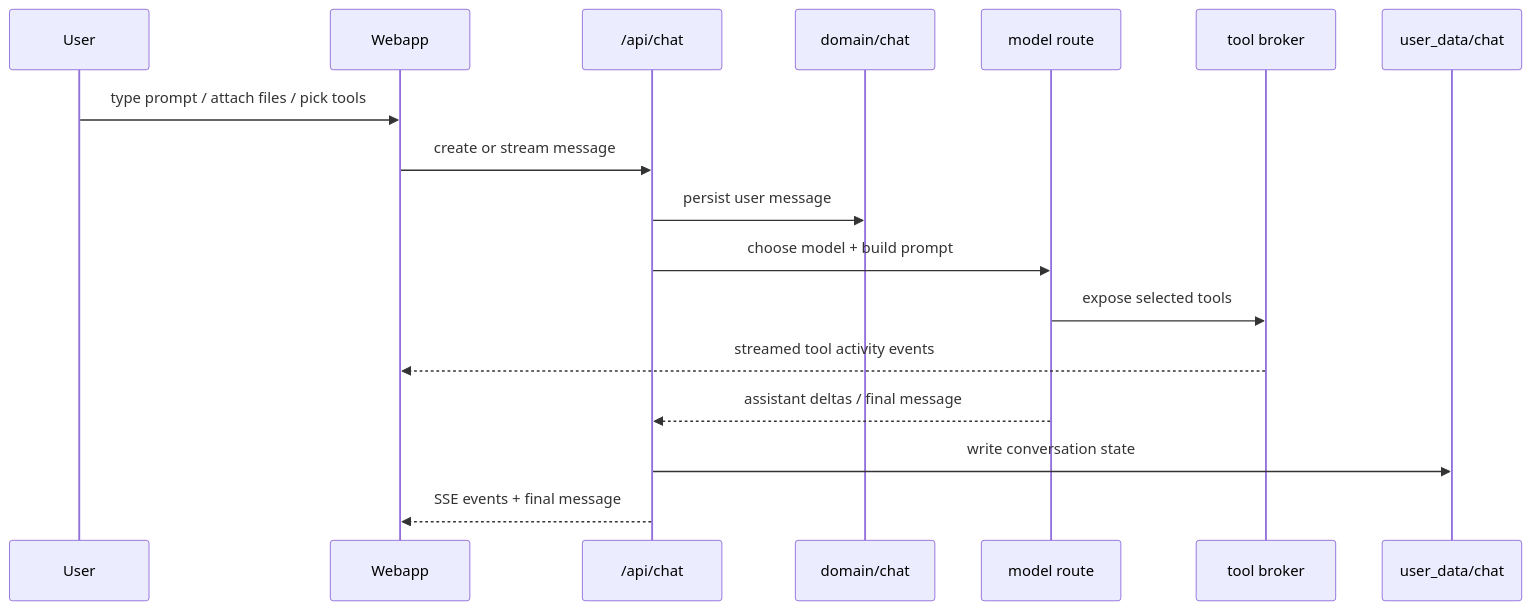
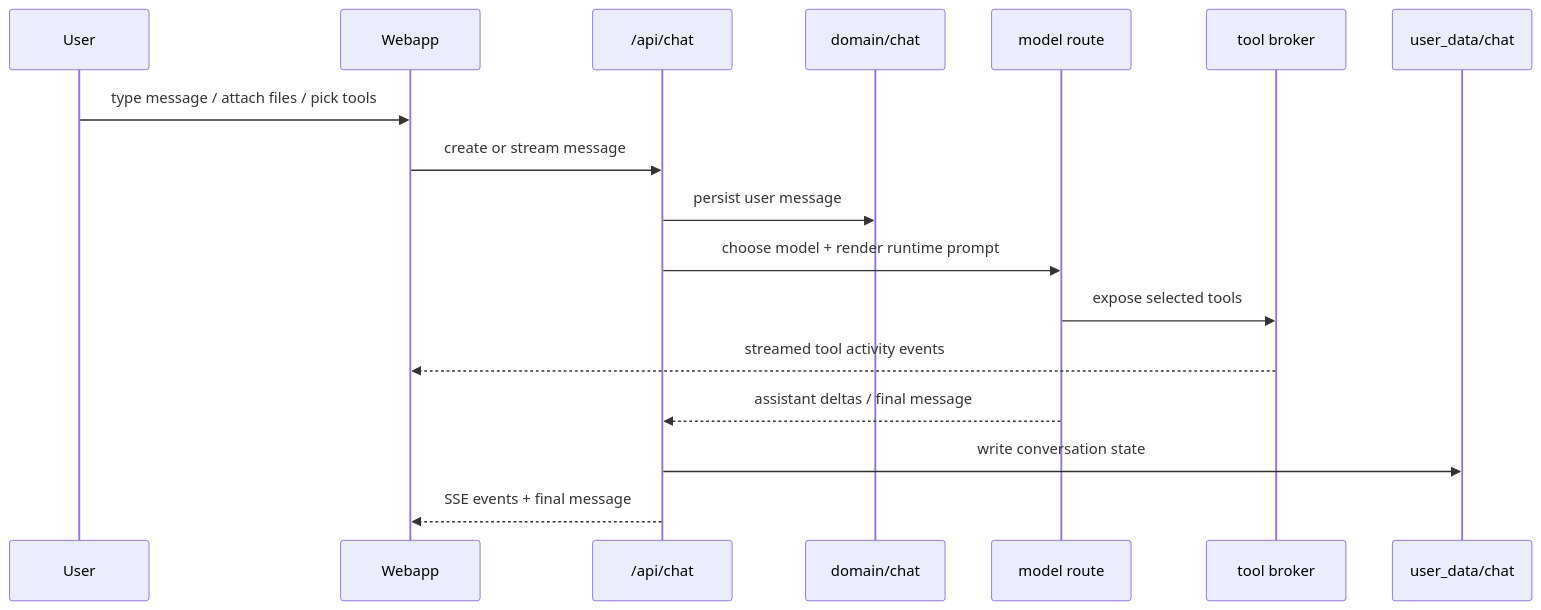
Before and after one commit to harupipipipi/rumiai: the second of 6 diagrams in rumi_ai_1_10/ecosystem/defaultspack/docs/defaultspack-explained.md, drawn with Mermaid. The commit also changed other lines of this file and 24 other files, not shown here.

````diff
--- a/rumi_ai_1_10/ecosystem/defaultspack/docs/defaultspack-explained.md
+++ b/rumi_ai_1_10/ecosystem/defaultspack/docs/defaultspack-explained.md
@@ -45,20 +59,20 @@
 ```mermaid
 sequenceDiagram
   participant User
   participant Webapp
   participant ChatAPI as /api/chat
   participant ChatDomain as domain/chat
   participant ModelRoute as model route
   participant ToolBroker as tool broker
   participant Store as user_data/chat
 
-  User->>Webapp: type prompt / attach files / pick tools
+  User->>Webapp: type message / attach files / pick tools
   Webapp->>ChatAPI: create or stream message
   ChatAPI->>ChatDomain: persist user message
-  ChatAPI->>ModelRoute: choose model + build prompt
+  ChatAPI->>ModelRoute: choose model + render runtime prompt
   ModelRoute->>ToolBroker: expose selected tools
   ToolBroker-->>Webapp: streamed tool activity events
   ModelRoute-->>ChatAPI: assistant deltas / final message
   ChatAPI->>Store: write conversation state
   ChatAPI-->>Webapp: SSE events + final message
 ```
````
